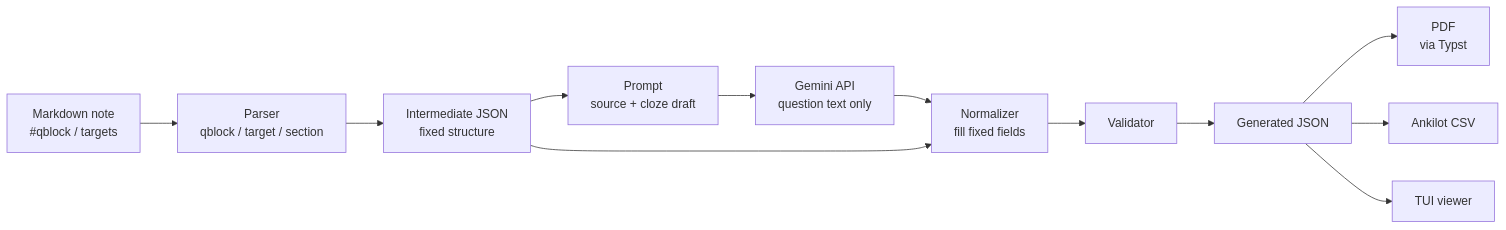
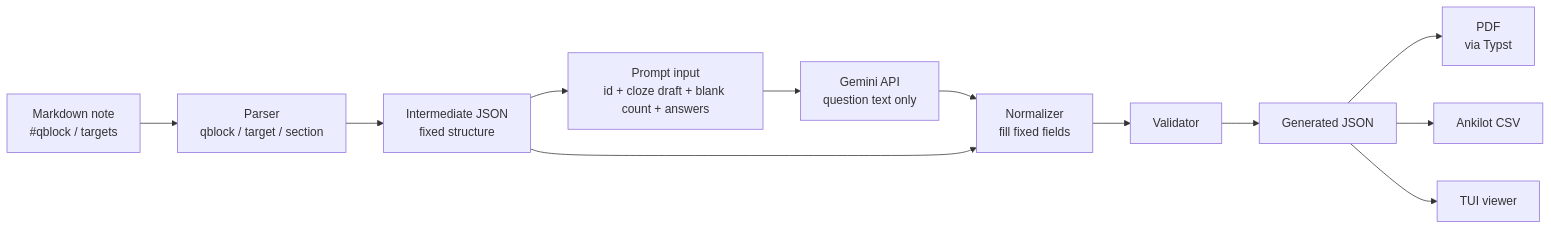
The diagram in README.md (sankaku789/FlowCloze), drawn with Mermaid before and after one commit. The commit also changed other lines of this file and 14 other files, not shown here.

````diff
--- a/README.md
+++ b/README.md
@@ -39,14 +39,14 @@
 ```mermaid
 flowchart LR
     note[Markdown note<br/>#qblock / targets] --> parse[Parser<br/>qblock / target / section]
     parse --> intermediate[Intermediate JSON<br/>fixed structure]
-    intermediate --> prompt[Prompt<br/>source + cloze draft]
+    intermediate --> prompt[Prompt input<br/>id + cloze draft + blank count + answers]
     prompt --> gemini[Gemini API<br/>question text only]
     gemini --> normalize[Normalizer<br/>fill fixed fields]
     intermediate --> normalize
     normalize --> validate[Validator]
     validate --> json[Generated JSON]
     json --> pdf[PDF<br/>via Typst]
     json --> csv[Ankilot CSV]
     json --> tui[TUI viewer]
 ```
````
